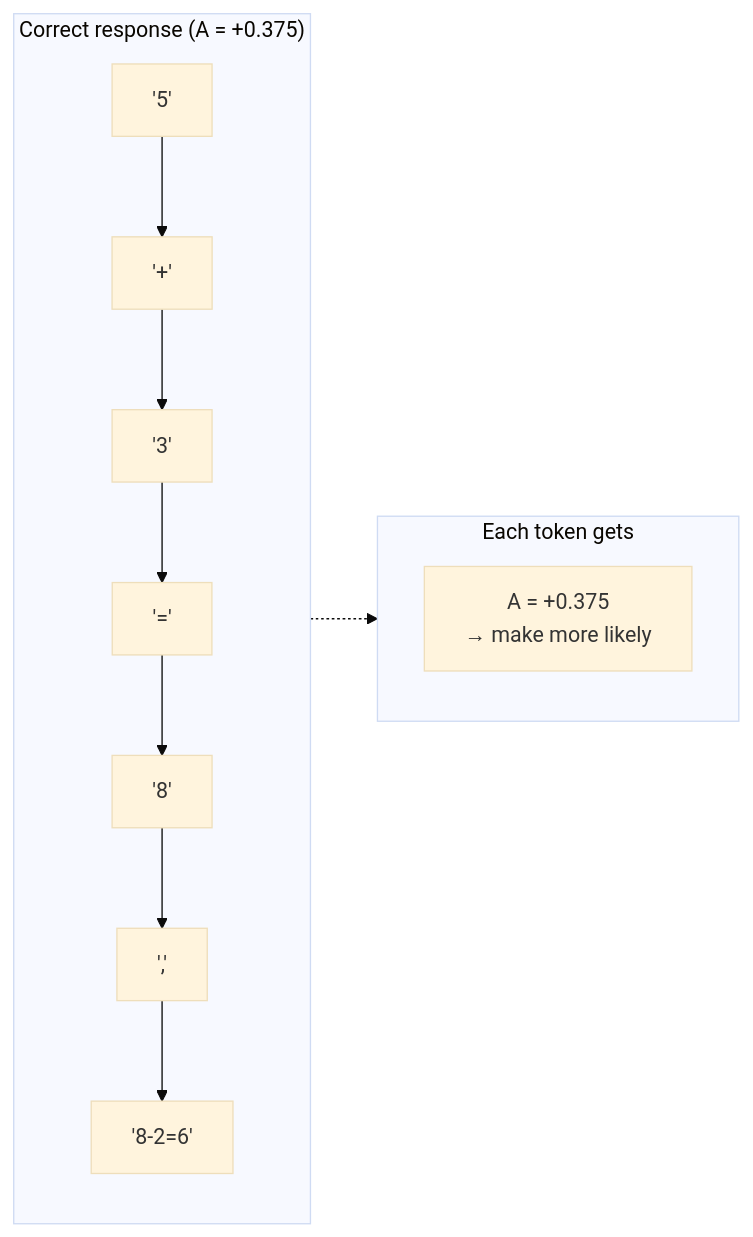
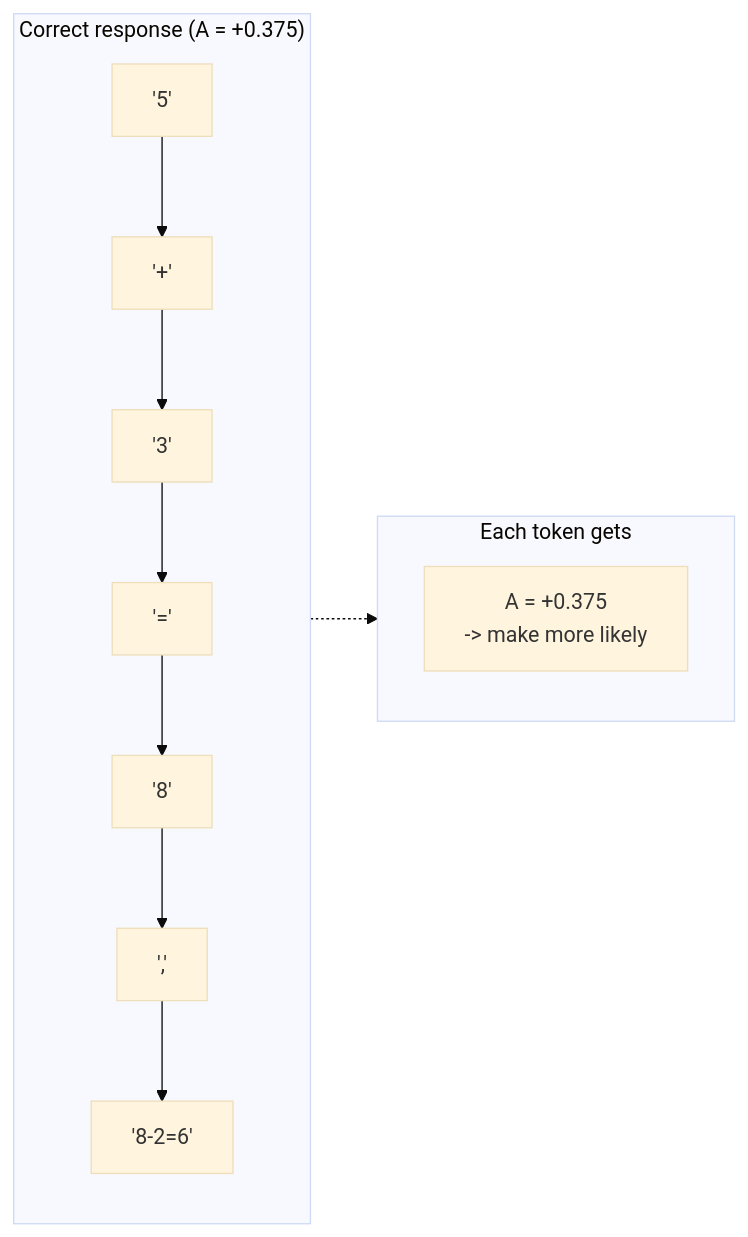
Before and after one commit to meever/nanochat: the fifth of 7 diagrams in learn/09_chat_sft_rl.md, drawn with Mermaid (base theme). The commit also changed other lines of this file and 11 other files, not shown here.

````diff
--- a/learn/09_chat_sft_rl.md
+++ b/learn/09_chat_sft_rl.md
@@ -200,17 +200,17 @@
 ```mermaid
 flowchart LR
   subgraph Correct["Correct response (A = +0.375)"]
     T1["'5'"] --> T2["'+'"]
     T2 --> T3["'3'"]
     T3 --> T4["'='"]
     T4 --> T5["'8'"]
     T5 --> T6["','"]
     T6 --> T7["'8-2=6'"]
   end
 
   subgraph Badge["Each token gets"]
-    B["A = +0.375\n→ make more likely"]
+    B["A = +0.375\n-> make more likely"]
   end
 
   Correct -.-> Badge
 ```
````
